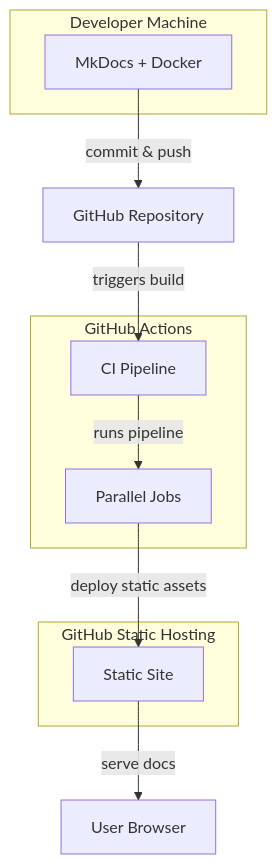
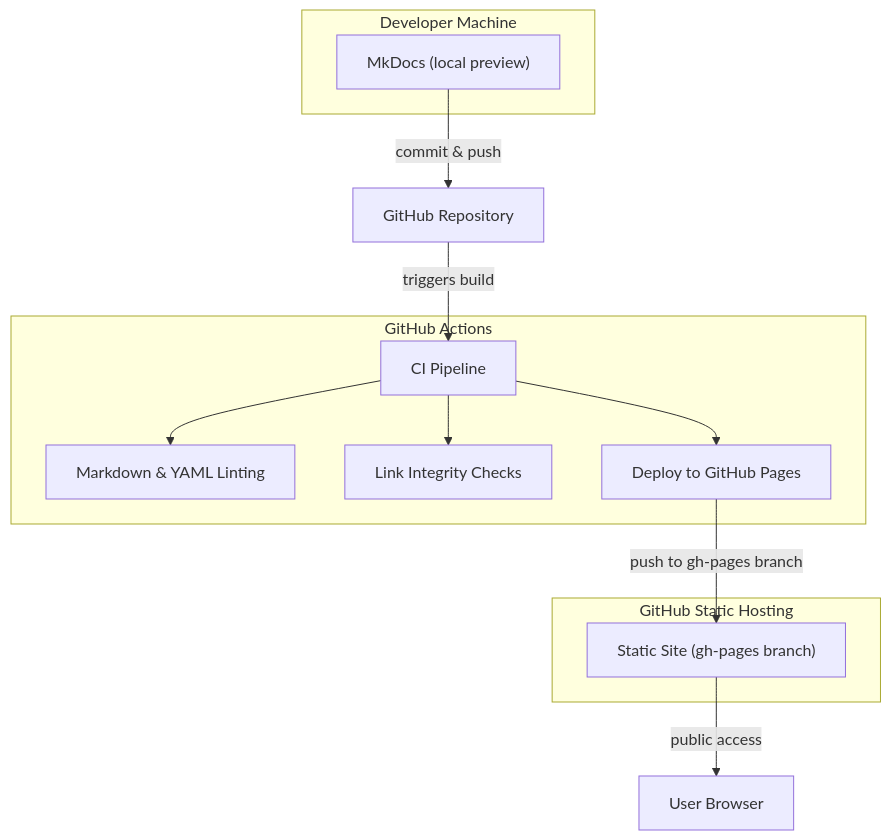
One commit to cassmastern/lers-sandbox changed the diagram in docs/about.md. Above: the diagram before and after it, drawn with Mermaid. The commit also changed other lines of this file and 1 other file, not shown here.

Commit message:
deployment flow updated in about.md

````diff
--- a/docs/about.md
+++ b/docs/about.md
@@ -72,25 +73,29 @@
 ```mermaid
 graph TD
     subgraph DevMachine ["Developer Machine"]
-        MkDocs["MkDocs + Docker"]
+        MkDocs["MkDocs (local preview)"]
     end
-    
+
     GitHub["GitHub Repository"]
-    
+
     subgraph GitHubActions ["GitHub Actions"]
         CI["CI Pipeline"]
-        Jobs["Parallel Jobs"]
+        Lint["Markdown & YAML Linting"]
+        Links["Link Integrity Checks"]
+        Deploy["Deploy to GitHub Pages"]
     end
-    
+
     subgraph GitHubPages ["GitHub Static Hosting"]
-        StaticSite["Static Site"]
+        StaticSite["Static Site (gh-pages branch)"]
     end
-    
+
     Browser["User Browser"]
-    
+
     MkDocs -->|"commit & push"| GitHub
     GitHub -->|"triggers build"| CI
-    CI -->|"runs pipeline"| Jobs
-    Jobs -->|"deploy static assets"| StaticSite
-    StaticSite -->|"serve docs"| Browser
+    CI --> Lint
+    CI --> Links
+    CI --> Deploy
+    Deploy -->|"push to gh-pages branch"| StaticSite
+    StaticSite -->|"public access"| Browser
 ```
````
